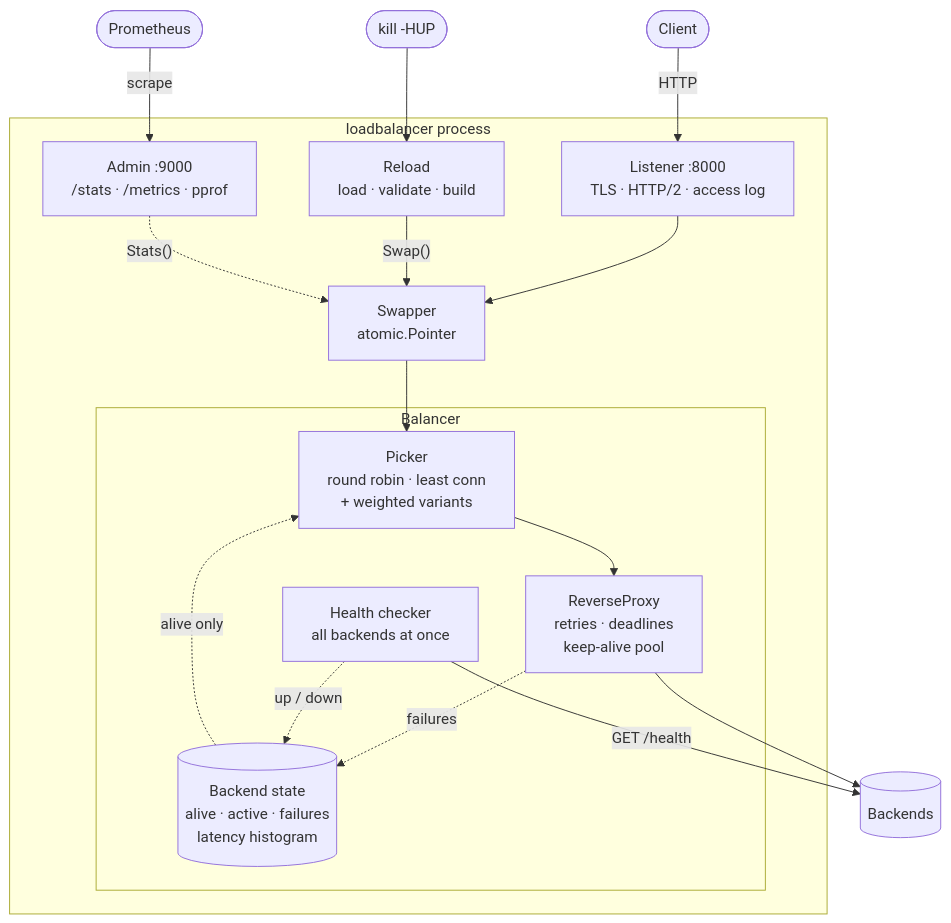
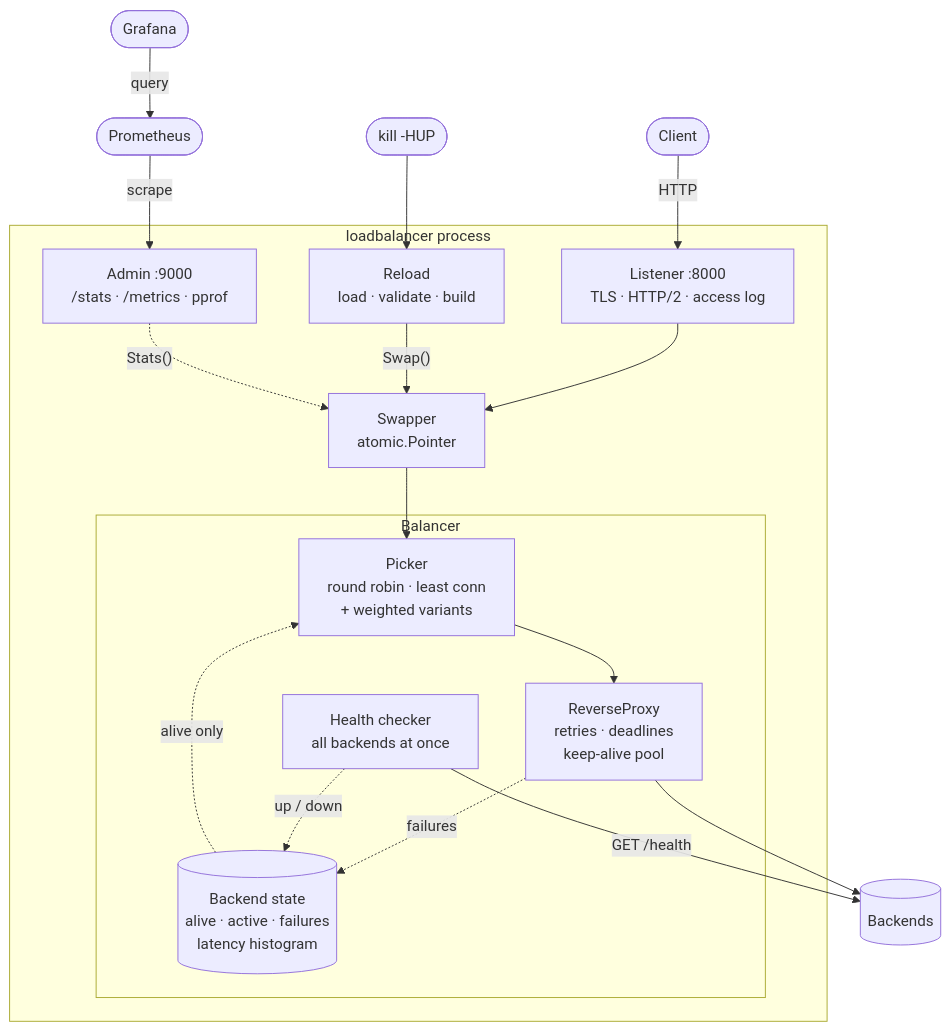
Before and after one commit to francisco3ferraz/loadbalancer: the diagram in README.md, drawn with Mermaid. The commit also changed other lines of this file and 4 other files, not shown here.

````diff
--- a/README.md
+++ b/README.md
@@ -10,24 +11,25 @@
 ```mermaid
 flowchart TB
     client([Client]) -->|HTTP| listener
 
     subgraph process [loadbalancer process]
         listener["Listener :8000<br/>TLS · HTTP/2 · access log"] --> swapper["Swapper<br/>atomic.Pointer"]
         subgraph balancer [Balancer]
             picker["Picker<br/>round robin · least conn<br/>+ weighted variants"] --> proxy["ReverseProxy<br/>retries · deadlines<br/>keep-alive pool"]
             state[("Backend state<br/>alive · active · failures<br/>latency histogram")]
             health["Health checker<br/>all backends at once"]
         end
         swapper --> picker
         state -.->|alive only| picker
         proxy -.->|failures| state
         health -.->|up / down| state
         reload["Reload<br/>load · validate · build"] -->|"Swap()"| swapper
         admin["Admin :9000<br/>/stats · /metrics · pprof"] -.->|"Stats()"| swapper
     end
 
     proxy --> backends[(Backends)]
     health -->|GET /health| backends
     sighup([kill -HUP]) --> reload
     prometheus([Prometheus]) -->|scrape| admin
+    grafana([Grafana]) -->|query| prometheus
 ```
````
